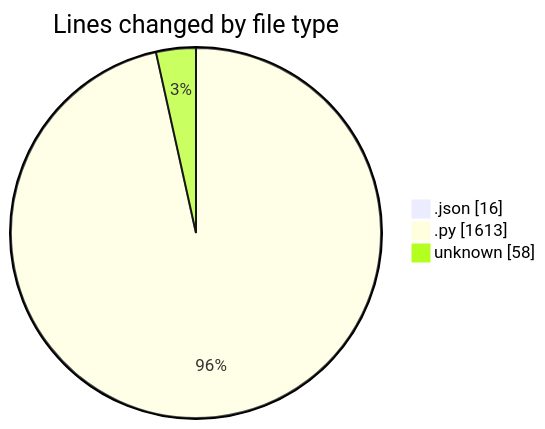
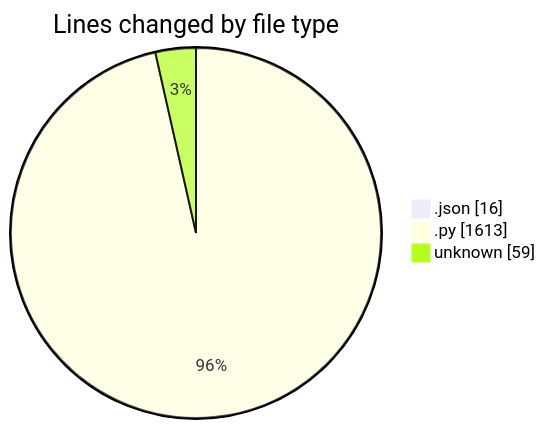
Before and after one commit to MatusMokan/code-tracking: the first of 2 diagrams in 2025-03-29/myws__workspace_/README.md, drawn with Mermaid. The commit also changed other lines of this file and 1 other file, not shown here.

````diff
--- a/2025-03-29/myws__workspace_/README.md
+++ b/2025-03-29/myws__workspace_/README.md
@@ -26,7 +26,7 @@
 ```mermaid
 pie showData
 title Lines changed by file type
 ".json" : 16
 ".py" : 1613
-"unknown" : 58
+"unknown" : 59
 ```
````
